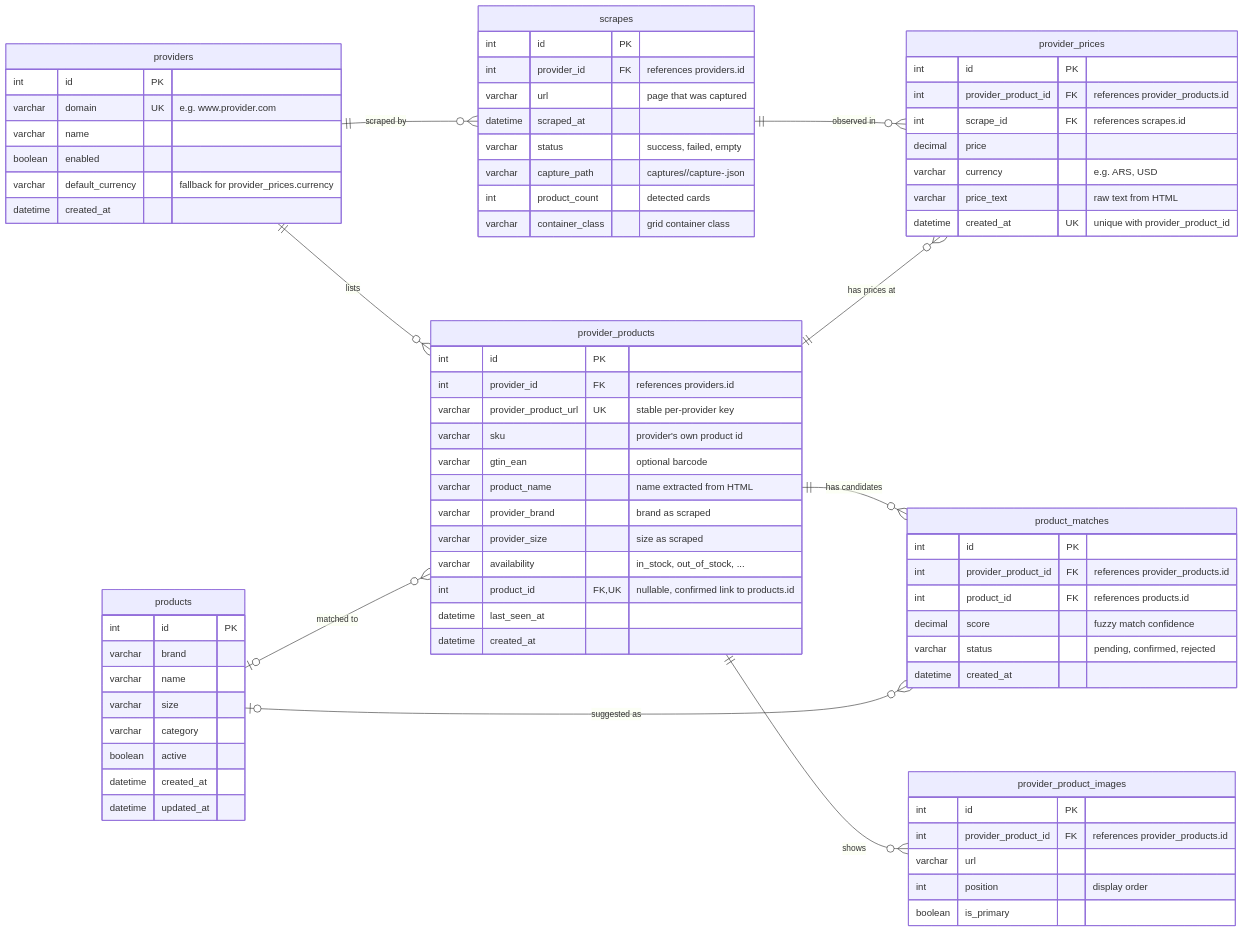
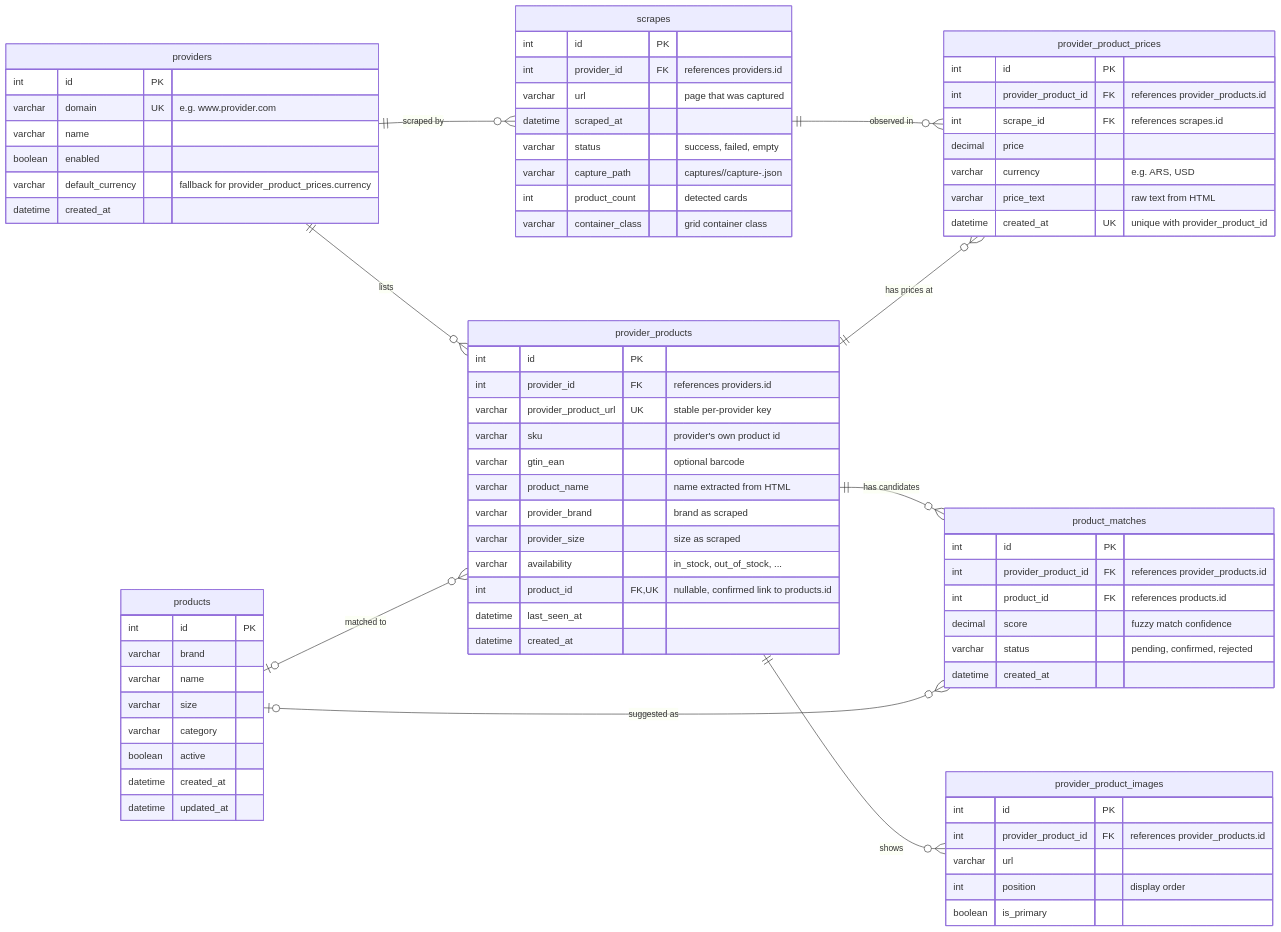
Before and after one commit to romayengineer/price_hunter: the diagram in DATABASE.md, drawn with Mermaid. The commit also changed other lines of this file and 5 other files, not shown here.

````diff
--- a/DATABASE.md
+++ b/DATABASE.md
@@ -11,7 +11,7 @@
         varchar domain UK "e.g. www.provider.com"
         varchar name
         boolean enabled
-        varchar default_currency "fallback for provider_prices.currency"
+        varchar default_currency "fallback for provider_product_prices.currency"
         datetime created_at
     }
 
@@ -69,7 +69,7 @@
         datetime created_at
     }
 
-    provider_prices {
+    provider_product_prices {
         int id PK
         int provider_product_id FK "references provider_products.id"
         int scrape_id FK "references scrapes.id"
@@ -85,6 +85,6 @@
     provider_products ||--o{ product_matches : "has candidates"
     products o|--o{ product_matches : "suggested as"
     provider_products ||--o{ provider_product_images : "shows"
-    scrapes ||--o{ provider_prices : "observed in"
-    provider_products ||--o{ provider_prices : "has prices at"
+    scrapes ||--o{ provider_product_prices : "observed in"
+    provider_products ||--o{ provider_product_prices : "has prices at"
 ```
````
